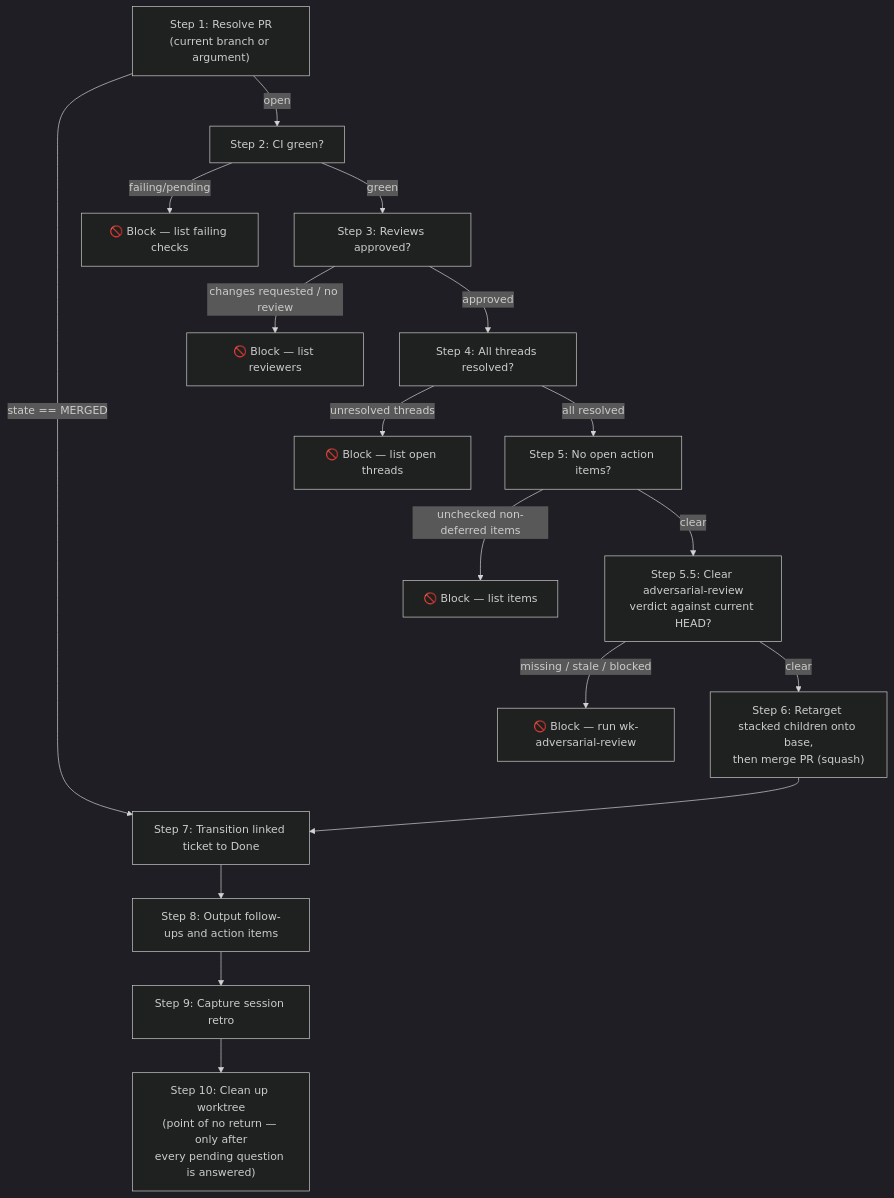
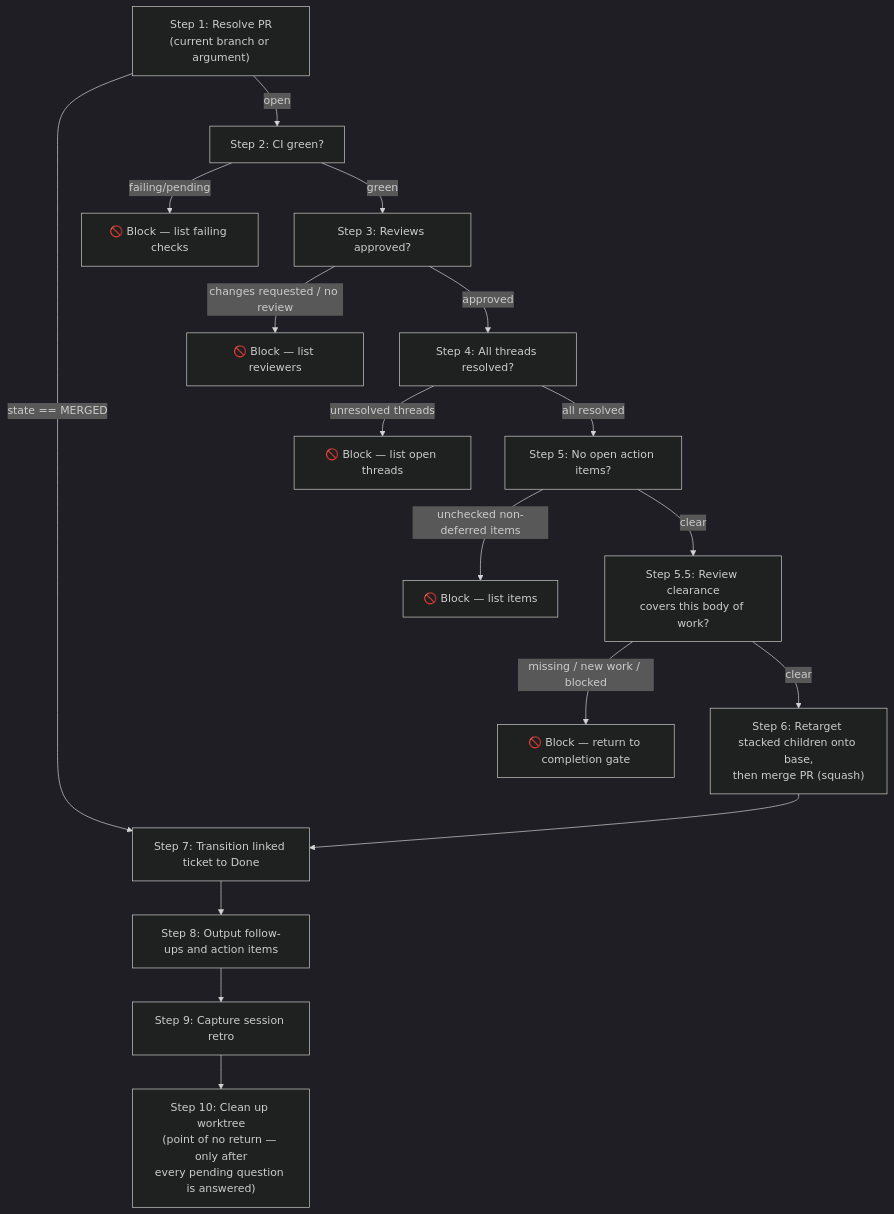
One commit to whizzzkid/skills changed the diagram in skills/pr-merge/README.md. Above: the diagram before and after it, drawn with Mermaid (dark theme). The commit also changed other lines of this file and 8 other files, not shown here.

First line of the commit message:
fix(pr-merge): 🛡️ carry review clearance through fixes

````diff
--- a/skills/pr-merge/README.md
+++ b/skills/pr-merge/README.md
@@ -20,19 +19,19 @@
 ```mermaid
 flowchart TD
     A["Step 1: Resolve PR<br/>(current branch or argument)"] -->|state == MERGED| G
     A -->|open| B["Step 2: CI green?"]
     B -->|failing/pending| BLOCK1["🚫 Block — list failing checks"]
     B -->|green| C["Step 3: Reviews approved?"]
     C -->|changes requested / no review| BLOCK2["🚫 Block — list reviewers"]
     C -->|approved| D["Step 4: All threads resolved?"]
     D -->|unresolved threads| BLOCK3["🚫 Block — list open threads"]
     D -->|all resolved| E["Step 5: No open action items?"]
     E -->|unchecked non-deferred items| BLOCK4["🚫 Block — list items"]
-    E -->|clear| E2["Step 5.5: Clear adversarial-review<br/>verdict against current HEAD?"]
-    E2 -->|missing / stale / blocked| BLOCK5["🚫 Block — run wk-adversarial-review"]
+    E -->|clear| E2["Step 5.5: Review clearance<br/>covers this body of work?"]
+    E2 -->|missing / new work / blocked| BLOCK5["🚫 Block — return to completion gate"]
     E2 -->|clear| F["Step 6: Retarget stacked children onto base,<br/>then merge PR (squash)"]
     F --> G["Step 7: Transition linked ticket to Done"]
     G --> H["Step 8: Output follow-ups and action items"]
     H --> I["Step 9: Capture session retro"]
     I --> J["Step 10: Clean up worktree<br/>(point of no return — only after<br/>every pending question is answered)"]
 ```
````
